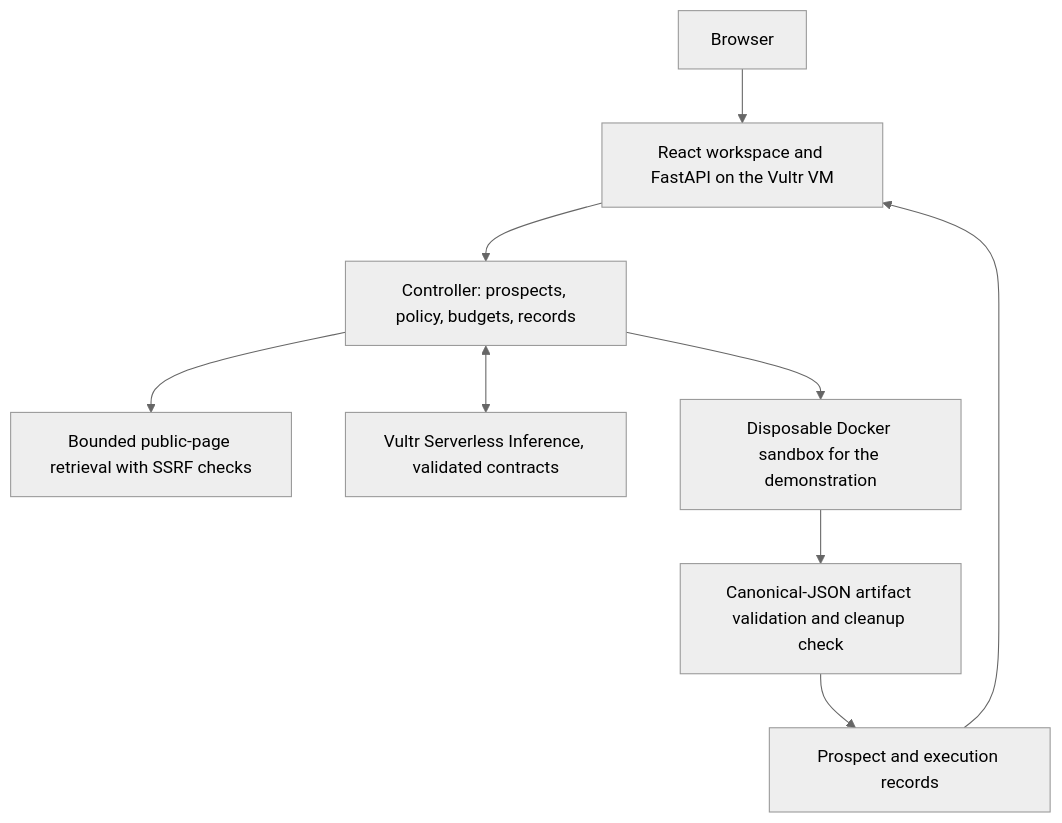
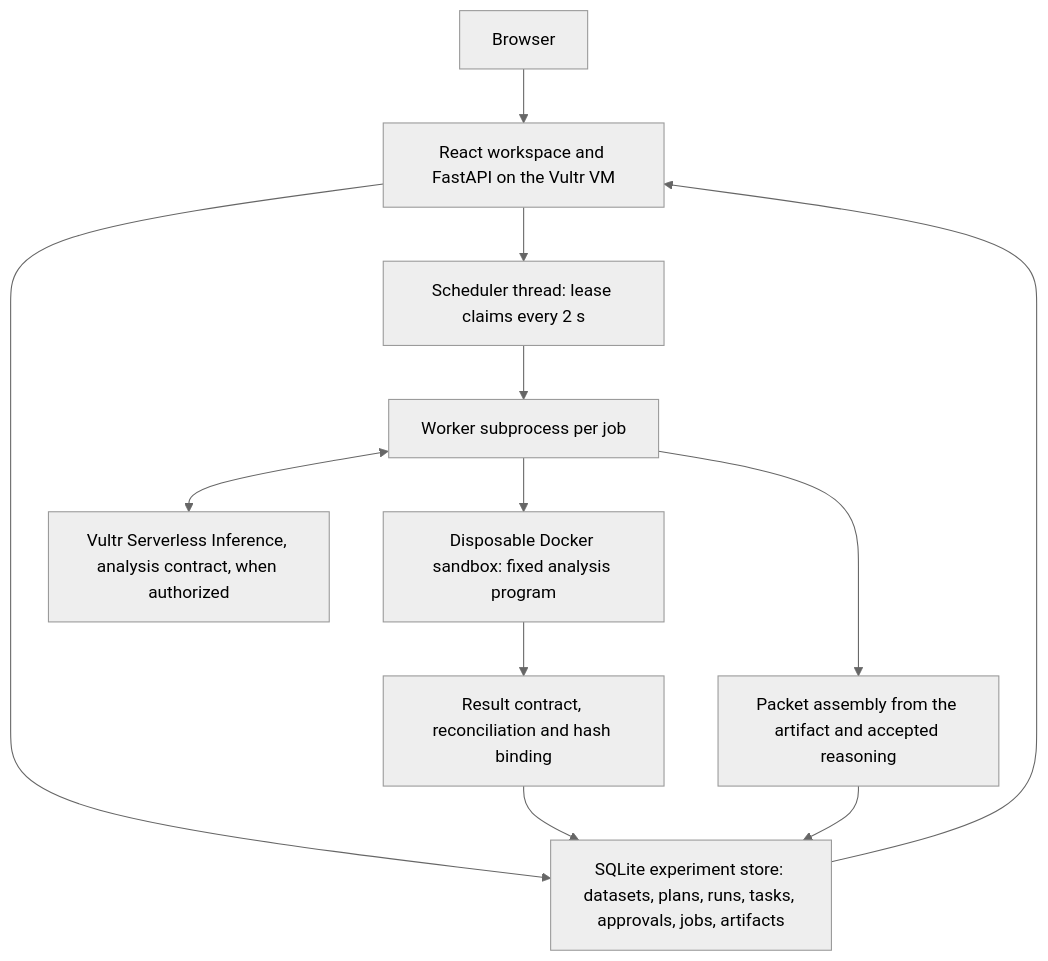
One commit to Jsjk112344/proofdesk changed the diagram in README.md. Above: the diagram before and after it, drawn with Mermaid (neutral theme). The commit also changed other lines of this file and 6 other files, not shown here.

Commit message:
Phase 2: configure public Vultr service and document upstream ingress blocker

````diff
--- a/README.md
+++ b/README.md
@@ -211,11 +234,14 @@
 ```mermaid
 flowchart TB
   User[Browser] --> App[React workspace and FastAPI on the Vultr VM]
-  App --> Controller[Controller: prospects, policy, budgets, records]
-  Controller --> Retrieval[Bounded public-page retrieval with SSRF checks]
-  Controller <--> Inference[Vultr Serverless Inference, validated contracts]
-  Controller --> Sandbox[Disposable Docker sandbox for the demonstration]
-  Sandbox --> Validation[Canonical-JSON artifact validation and cleanup check]
-  Validation --> Store[Prospect and execution records]
+  App --> Store[SQLite experiment store: datasets, plans, runs, tasks, approvals, jobs, artifacts]
+  App --> Scheduler[Scheduler thread: lease claims every 2 s]
+  Scheduler --> Worker[Worker subprocess per job]
+  Worker --> Sandbox[Disposable Docker sandbox: fixed analysis program]
+  Sandbox --> Validation[Result contract, reconciliation and hash binding]
+  Worker <--> Inference[Vultr Serverless Inference, analysis contract, when authorized]
+  Worker --> Packet[Packet assembly from the artifact and accepted reasoning]
+  Validation --> Store
+  Packet --> Store
   Store --> App
 ```
````
